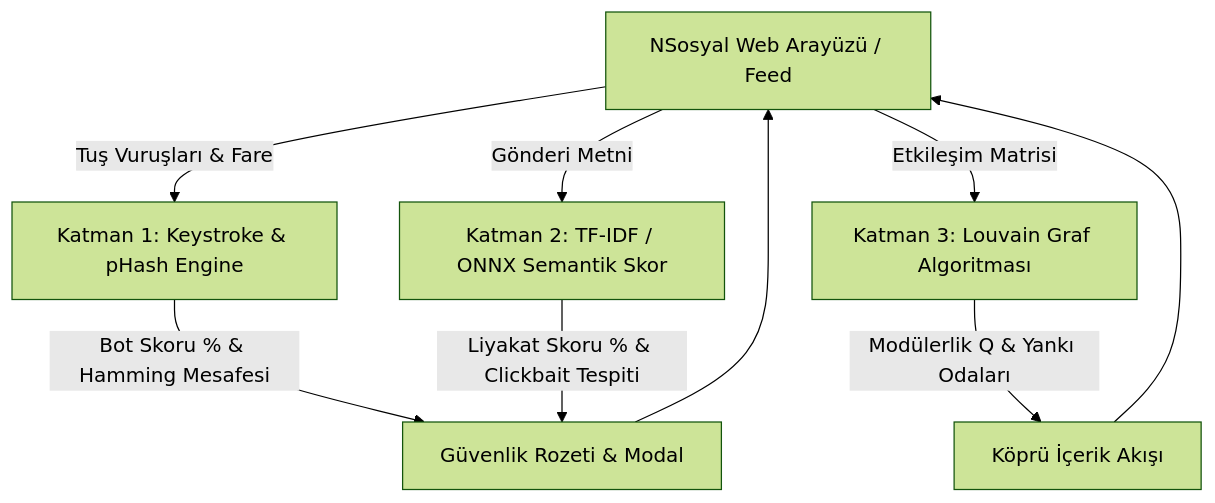
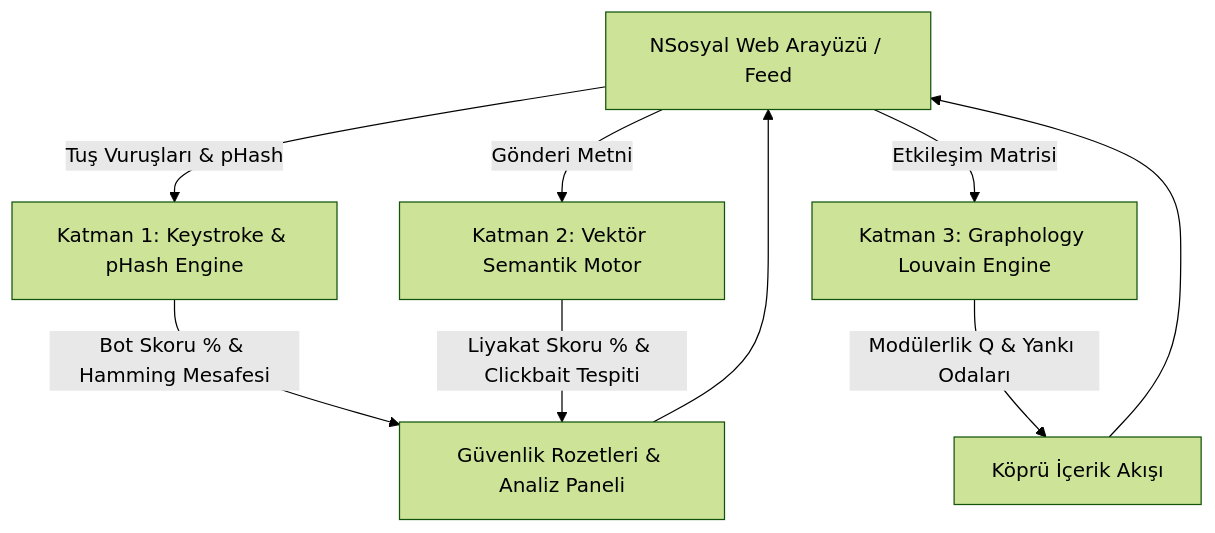
One commit to yazilimcimumin/sentez changed the diagram in README.md. Above: the diagram before and after it, drawn with Mermaid (forest theme). The commit also changed other lines of this file, not shown here.

Commit message:
docs(readme): NSosyal entegrasyonu ve graphology-louvain detaylarini guncelle

````diff
--- a/README.md
+++ b/README.md
@@ -32,13 +39,13 @@
 ```mermaid
 graph TD
-    UI[NSosyal Web Arayüzü / Feed] -->|Tuş Vuruşları & Fare| K[Katman 1: Keystroke & pHash Engine]
-    UI -->|Gönderi Metni| S[Katman 2: TF-IDF / ONNX Semantik Skor]
-    UI -->|Etkileşim Matrisi| G[Katman 3: Louvain Graf Algoritması]
+    UI[NSosyal Web Arayüzü / Feed] -->|Tuş Vuruşları & pHash| K[Katman 1: Keystroke & pHash Engine]
+    UI -->|Gönderi Metni| S[Katman 2: Vektör Semantik Motor]
+    UI -->|Etkileşim Matrisi| G[Katman 3: Graphology Louvain Engine]
     
-    K -->|Bot Skoru % & Hamming Mesafesi| B[Güvenlik Rozeti & Modal]
+    K -->|Bot Skoru % & Hamming Mesafesi| B[Güvenlik Rozetleri & Analiz Paneli]
     S -->|Liyakat Skoru % & Clickbait Tespiti| B
     G -->|Modülerlik Q & Yankı Odaları| C[Köprü İçerik Akışı]
     
     B --> UI
     C --> UI
 ```
````
